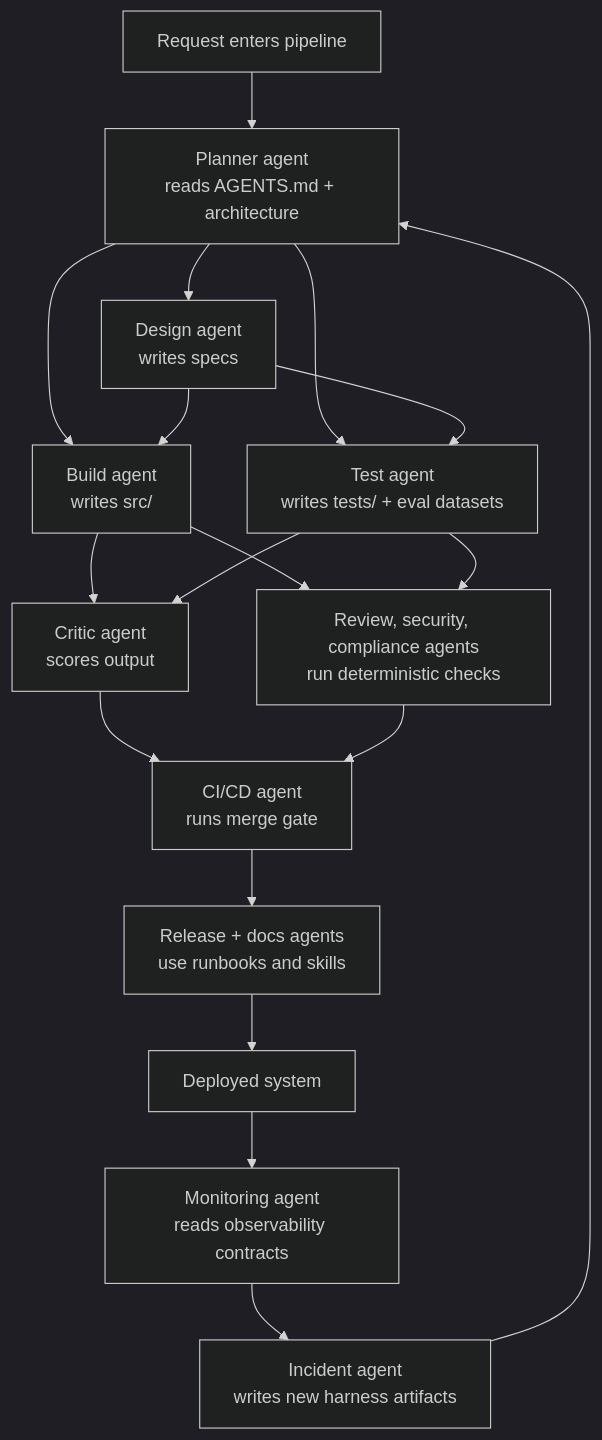
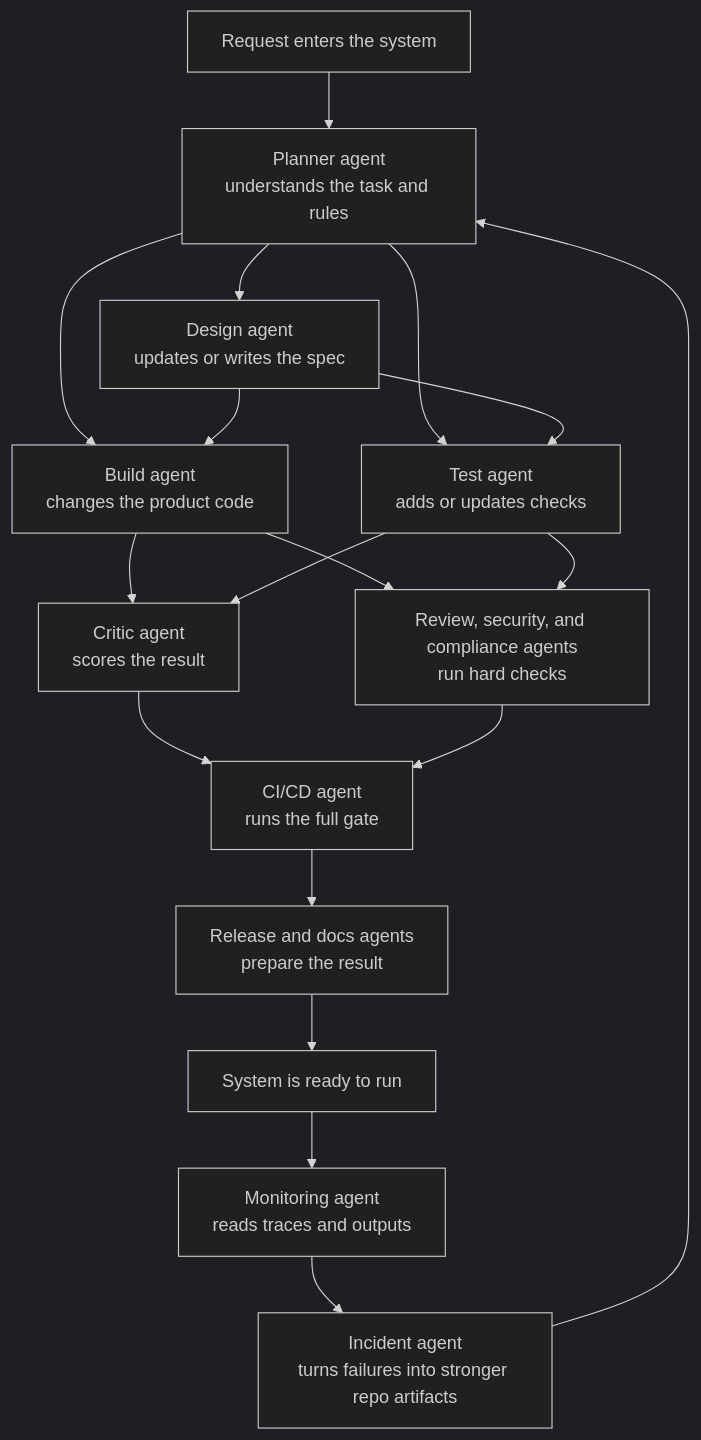
One commit to Techtorch/suvoda-agent-arch changed the diagram in greeting-service/README.md. Above: the diagram before and after it, drawn with Mermaid (dark theme). The commit also changed other lines of this file and 1 other file, not shown here.

````diff
--- a/greeting-service/README.md
+++ b/greeting-service/README.md
@@ -32,33 +62,33 @@
 ```mermaid
 flowchart TD
-    request["Request enters pipeline"]
-    planner["Planner agent<br/>reads AGENTS.md + architecture"]
-    design["Design agent<br/>writes specs"]
-    build["Build agent<br/>writes src/"]
-    test["Test agent<br/>writes tests/ + eval datasets"]
-    critic["Critic agent<br/>scores output"]
-    review["Review, security, compliance agents<br/>run deterministic checks"]
-    cicd["CI/CD agent<br/>runs merge gate"]
-    release["Release + docs agents<br/>use runbooks and skills"]
-    deploy["Deployed system"]
-    monitoring["Monitoring agent<br/>reads observability contracts"]
-    incident["Incident agent<br/>writes new harness artifacts"]
+    request["Request enters the system"]
+    planner["Planner agent<br/>understands the task and rules"]
+    design["Design agent<br/>updates or writes the spec"]
+    build["Build agent<br/>changes the product code"]
+    test["Test agent<br/>adds or updates checks"]
+    critic["Critic agent<br/>scores the result"]
+    review["Review, security, and compliance agents<br/>run hard checks"]
+    cicd["CI/CD agent<br/>runs the full gate"]
+    release["Release and docs agents<br/>prepare the result"]
+    deploy["System is ready to run"]
+    monitoring["Monitoring agent<br/>reads traces and outputs"]
+    incident["Incident agent<br/>turns failures into stronger repo artifacts"]
 
     request --> planner
     planner --> design
     planner --> build
     planner --> test
     design --> build
     design --> test
     build --> critic
     test --> critic
     build --> review
     test --> review
     critic --> cicd
     review --> cicd
     cicd --> release
     release --> deploy
     deploy --> monitoring
     monitoring --> incident
     incident --> planner
 ```
````
